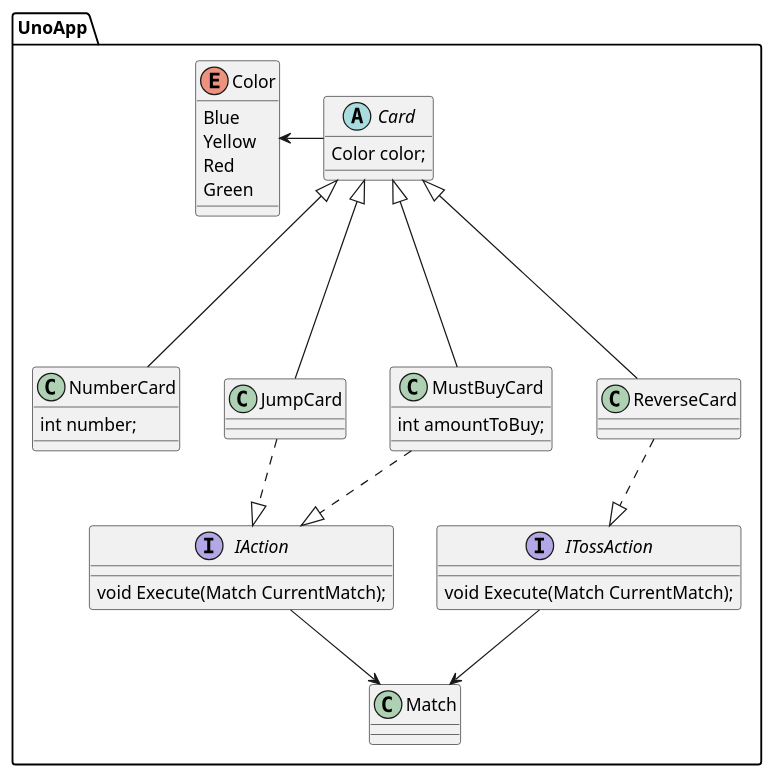
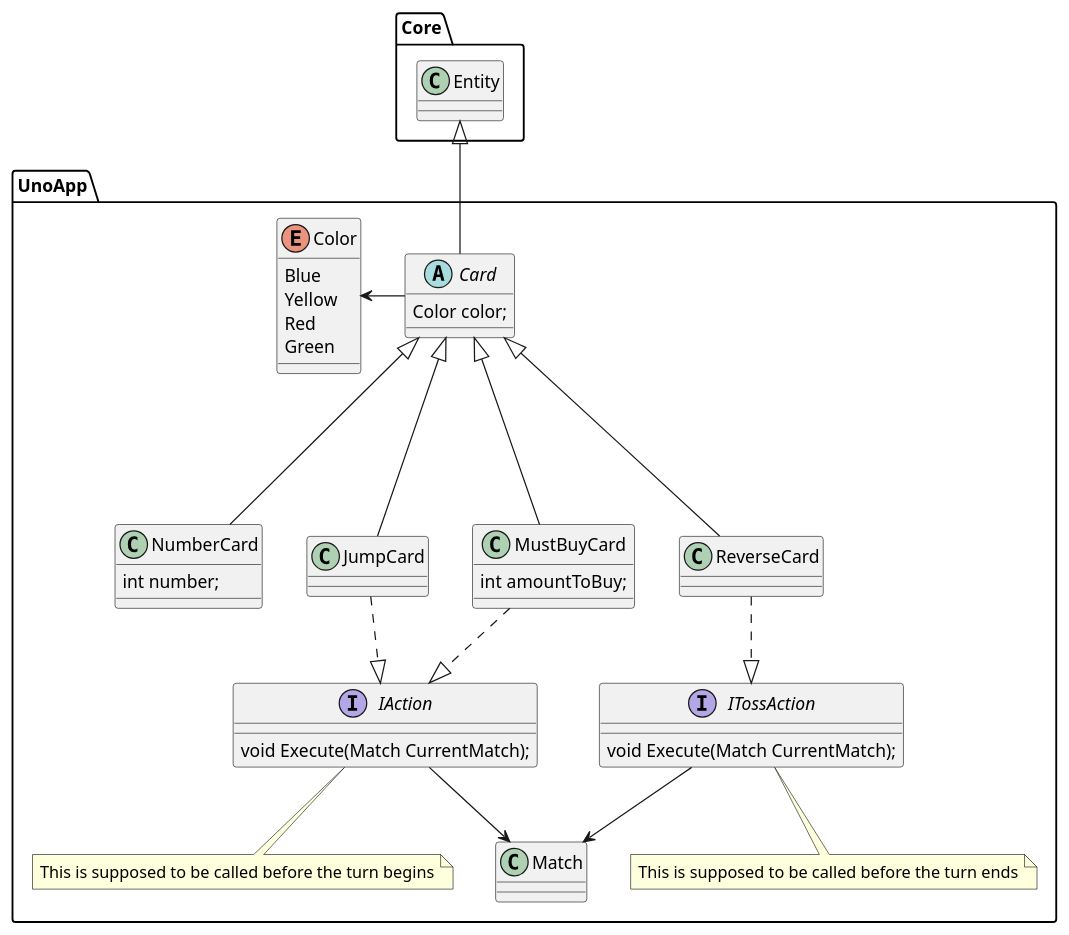
Before and after one commit to rodrigoaadias/UnoGameProjectCpp: the diagram in Documentation/CardsUML.puml, drawn with PlantUML. The commit also changed 14 other files, not shown here.

First line of the commit message:
Finished base architecture sketch & defined code style in .editorconfig

```diff
--- a/Documentation/CardsUML.puml
+++ b/Documentation/CardsUML.puml
@@ -1,54 +1,63 @@
 @startuml
 'https://plantuml.com/class-diagram
+
+package Core{
+    class Entity{
+    }
+}
 
 package UnoApp{
     enum Color{
         Blue
         Yellow
         Red
         Green
     }
 
     abstract class Card{
         Color color;
     }
 
     class NumberCard{
         int number;
     }
-    
+
     class MustBuyCard{
         int amountToBuy;
     }
-    
+
     class ReverseCard{
     }
 
     class JumpCard{
     }
-    
+
+    Entity <|-- Card
     Color <- Card
     Card <|--- NumberCard
     Card <|--- MustBuyCard
     Card <|--- ReverseCard
     Card <|--- JumpCard
 
     interface IAction{
         void Execute(Match CurrentMatch);
     }
 
-    interface ITossAction{
+    interface ITossAction{    
         void Execute(Match CurrentMatch);
     }
 
     MustBuyCard ..|> IAction
     JumpCard ..|> IAction
     ReverseCard ..|> ITossAction
     
     class Match{
     }
-    
+
+    note bottom of ITossAction : This is supposed to be called before the turn ends
+    note bottom of IAction : This is supposed to be called before the turn begins
+
     IAction --> Match
     ITossAction --> Match
 }
 @enduml
```
